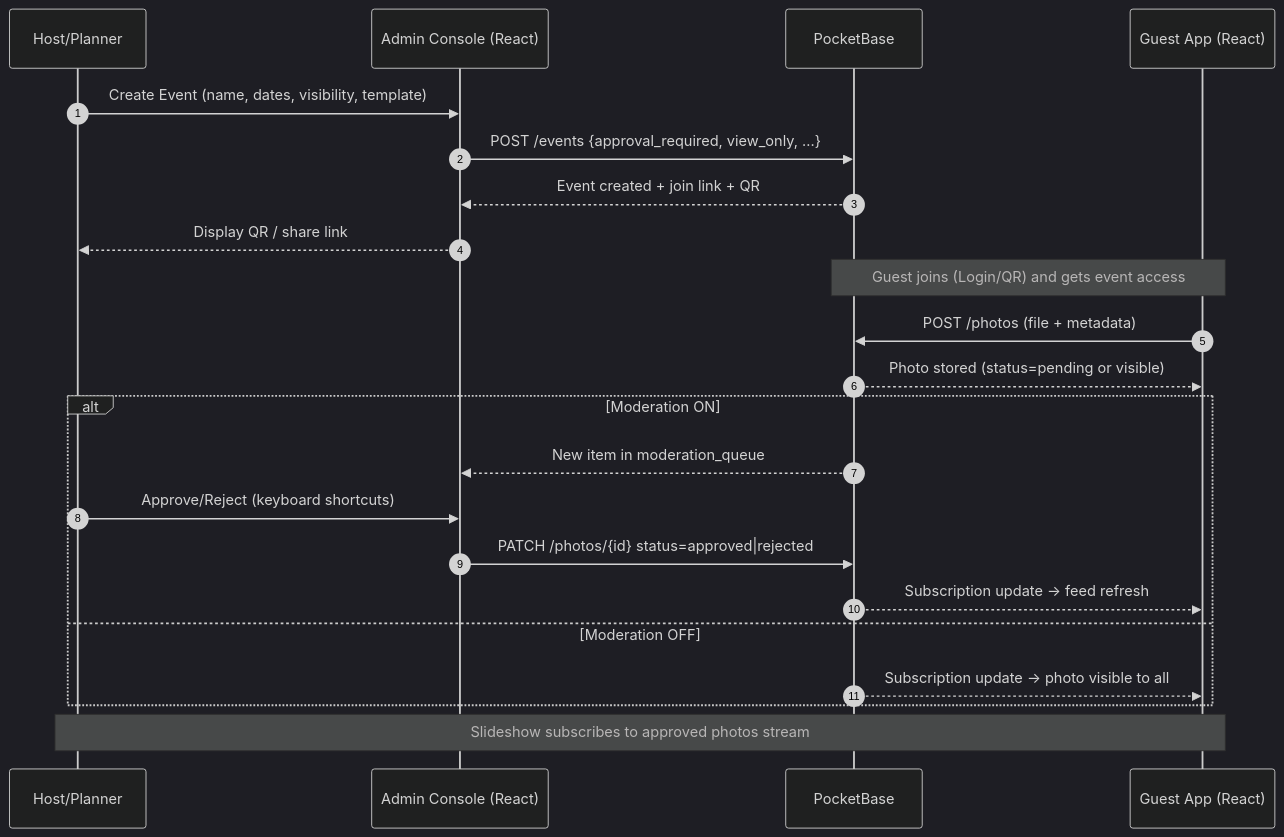
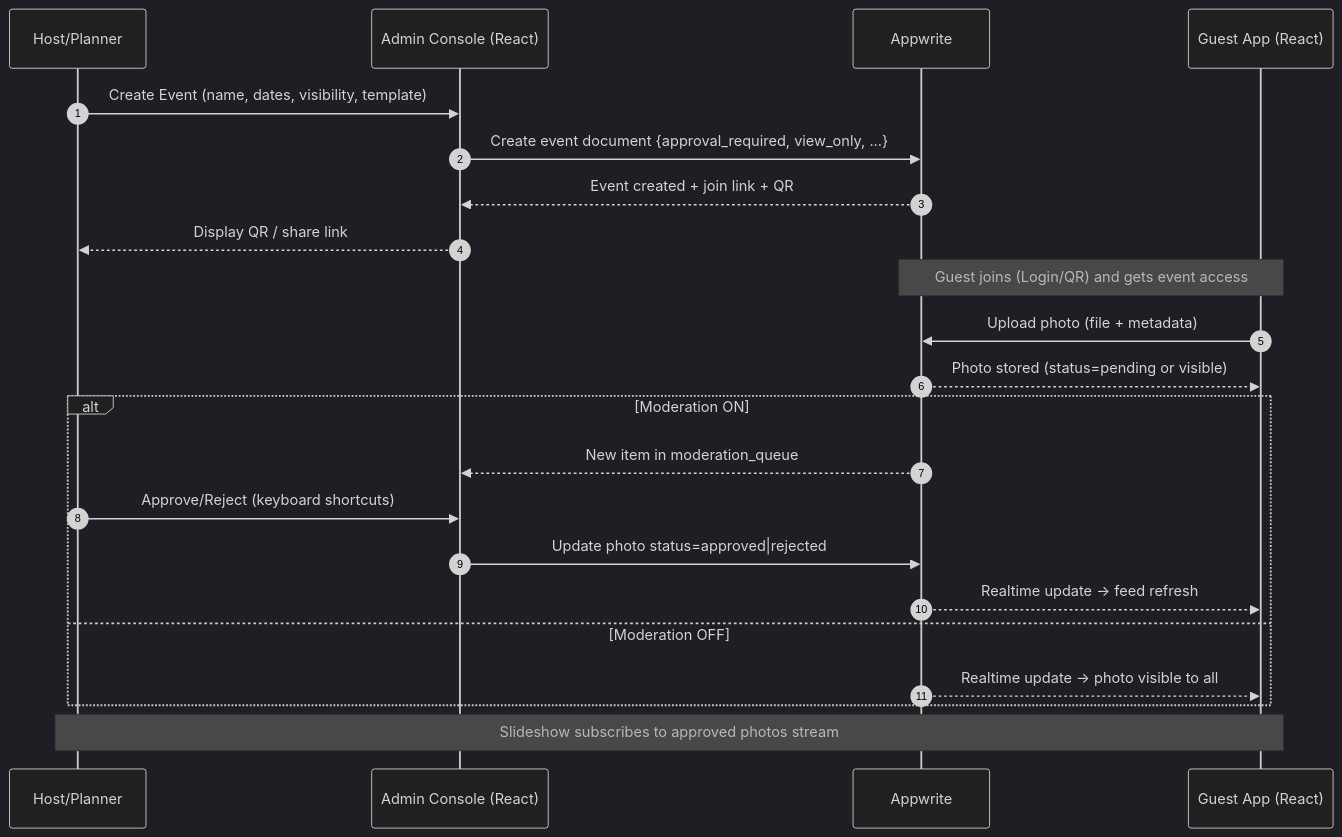
Before and after one commit to dragontek/eventpix: the second of 3 diagrams in docs/EventPix_PRD_v0.2.md, drawn with Mermaid (dark theme). The commit also changed other lines of this file and 98 other files, not shown here.

First line of the commit message:
feat: migrate from PocketBase to Appwrite and clean up legacy backend

````diff
--- a/docs/EventPix_PRD_v0.2.md
+++ b/docs/EventPix_PRD_v0.2.md
@@ -278,27 +278,27 @@
 ```mermaid
 sequenceDiagram
   autonumber
   participant H as Host/Planner
   participant W as Admin Console (React)
-  participant PB as PocketBase
+  participant AS as Appwrite
   participant G as Guest App (React)
 
   H->>W: Create Event (name, dates, visibility, template)
-  W->>PB: POST /events {approval_required, view_only, ...}
-  PB-->>W: Event created + join link + QR
+  W->>AS: Create event document {approval_required, view_only, ...}
+  AS-->>W: Event created + join link + QR
   W-->>H: Display QR / share link
 
-  Note over G,PB: Guest joins (Login/QR) and gets event access
-  G->>PB: POST /photos (file + metadata)
-  PB-->>G: Photo stored (status=pending or visible)
+  Note over G,AS: Guest joins (Login/QR) and gets event access
+  G->>AS: Upload photo (file + metadata)
+  AS-->>G: Photo stored (status=pending or visible)
   alt Moderation ON
-    PB-->>W: New item in moderation_queue
+    AS-->>W: New item in moderation_queue
     H->>W: Approve/Reject (keyboard shortcuts)
-    W->>PB: PATCH /photos/{id} status=approved|rejected
-    PB-->>G: Subscription update → feed refresh
+    W->>AS: Update photo status=approved|rejected
+    AS-->>G: Realtime update → feed refresh
   else Moderation OFF
-    PB-->>G: Subscription update → photo visible to all
+    AS-->>G: Realtime update → photo visible to all
   end
 
   Note over H,G: Slideshow subscribes to approved photos stream
 ```
````
